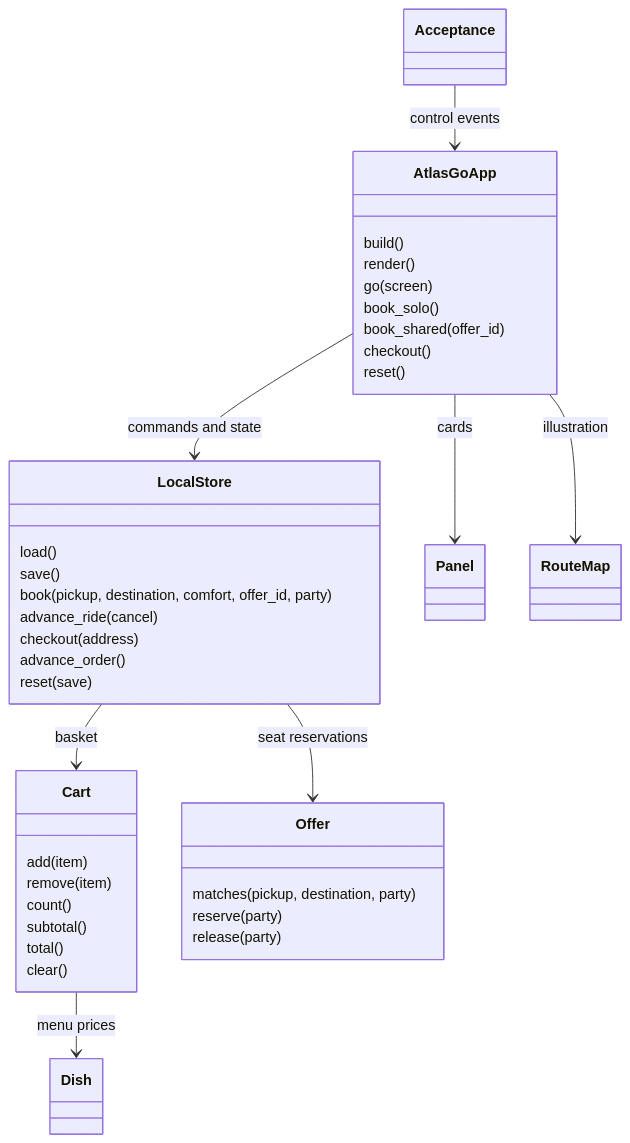
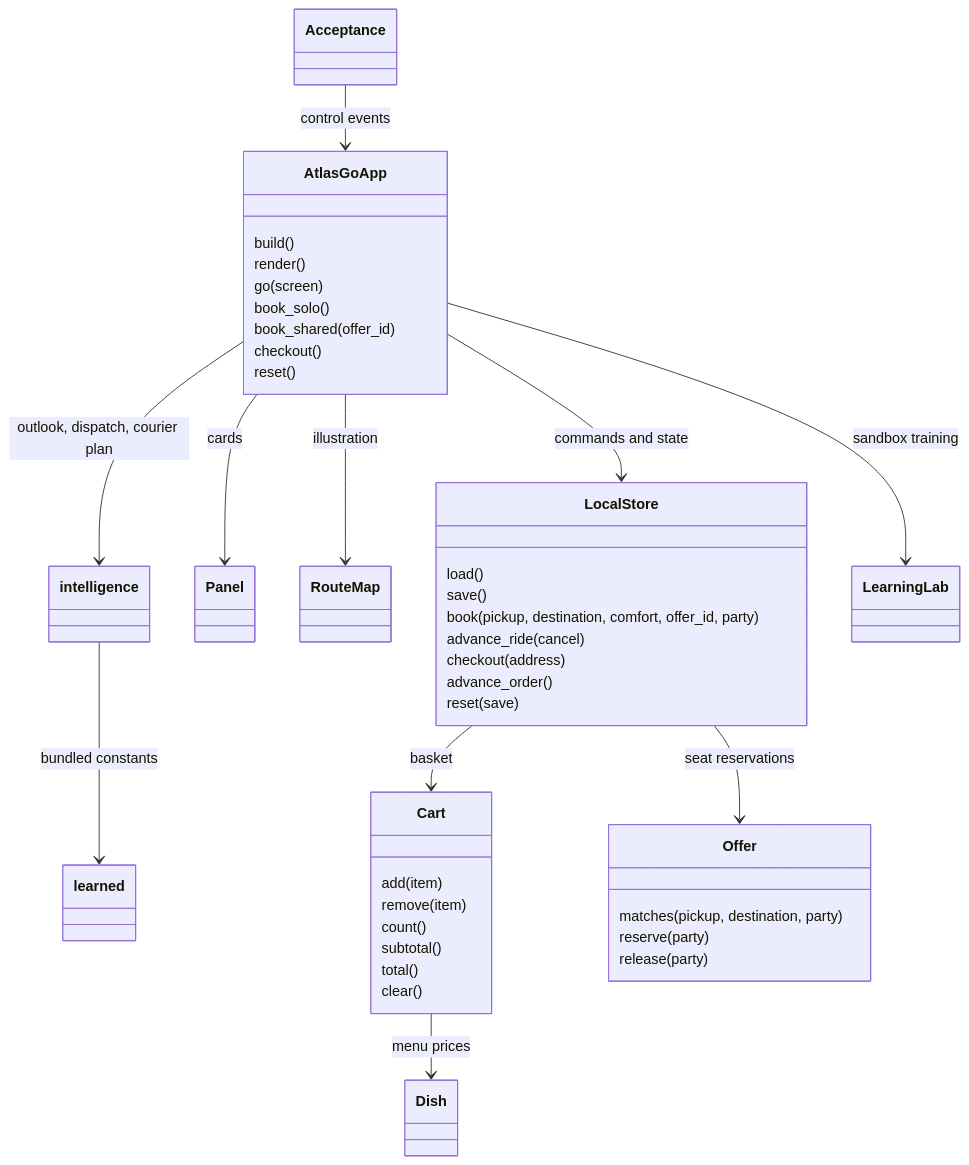
One commit to FUllSCIPTS/ATLAS changed the diagram in android-app/docs/ARCHITECTURE.md. Above: the diagram before and after it, drawn with Mermaid. The commit also changed other lines of this file and 2 other files, not shown here.

Commit message:
Document ATLAS intelligence

````diff
--- a/android-app/docs/ARCHITECTURE.md
+++ b/android-app/docs/ARCHITECTURE.md
@@ -37,41 +44,44 @@
 ```mermaid
 classDiagram
     AtlasGoApp --> LocalStore : commands and state
     AtlasGoApp --> Panel : cards
     AtlasGoApp --> RouteMap : illustration
+    AtlasGoApp --> intelligence : outlook, dispatch, courier plan
+    AtlasGoApp --> LearningLab : sandbox training
+    intelligence --> learned : bundled constants
     Acceptance --> AtlasGoApp : control events
     LocalStore --> Cart : basket
     LocalStore --> Offer : seat reservations
     Cart --> Dish : menu prices
     class AtlasGoApp {
         build()
         render()
         go(screen)
         book_solo()
         book_shared(offer_id)
         checkout()
         reset()
     }
     class LocalStore {
         load()
         save()
         book(pickup, destination, comfort, offer_id, party)
         advance_ride(cancel)
         checkout(address)
         advance_order()
         reset(save)
     }
     class Cart {
         add(item)
         remove(item)
         count()
         subtotal()
         total()
         clear()
     }
     class Offer {
         matches(pickup, destination, party)
         reserve(party)
         release(party)
     }
 ```
````
